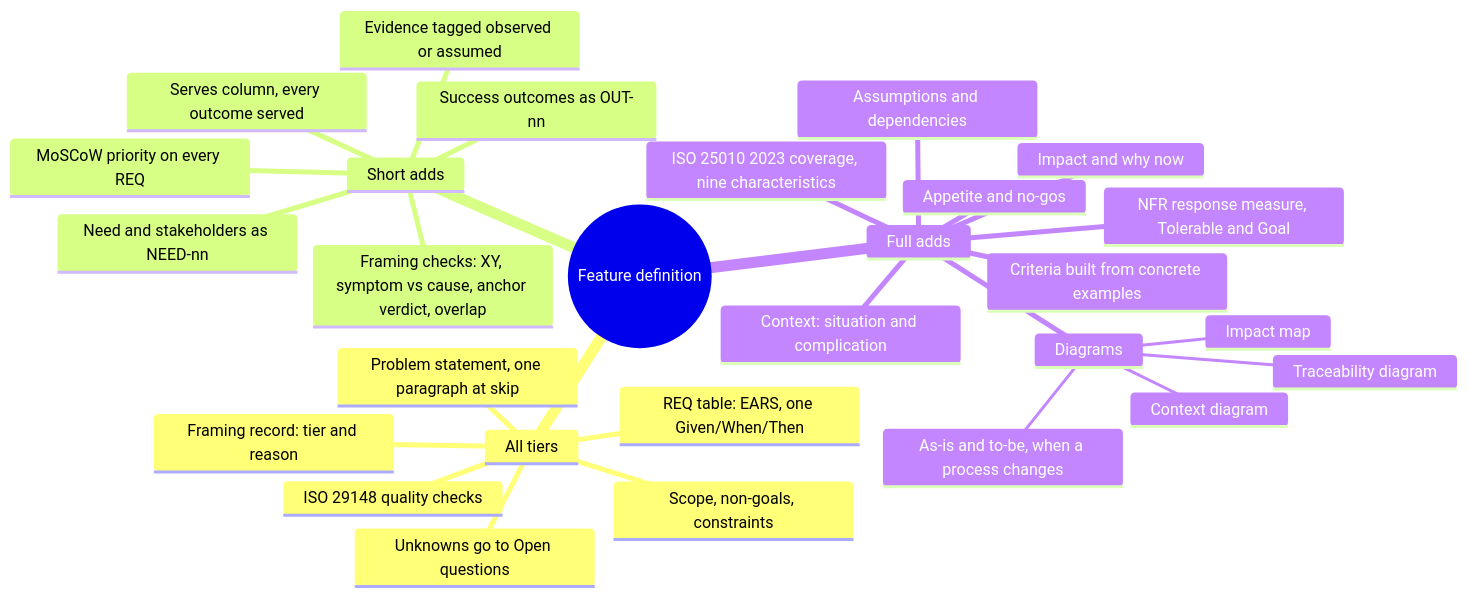
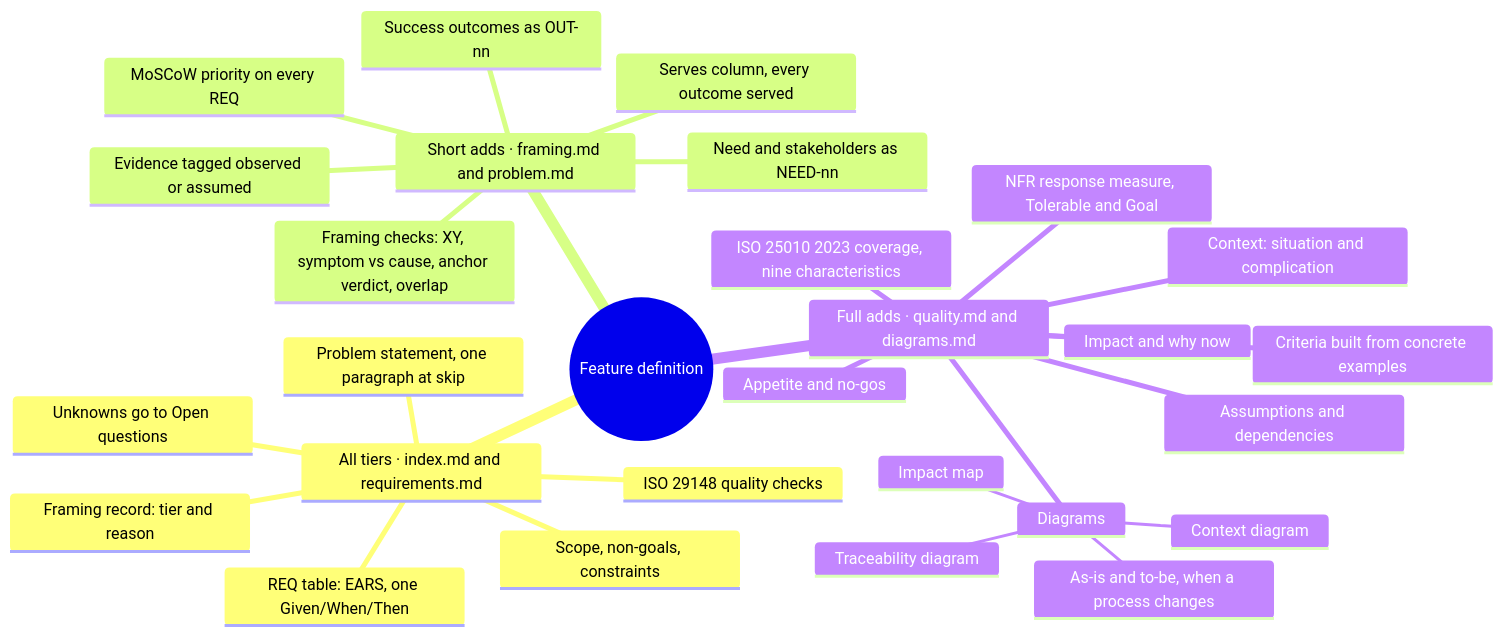
The fourth of 4 diagrams in docs/sessions/2026-09-25-define-phase-depth/design.md (dkoenawan/compass-labs), drawn with Mermaid before and after one commit. The commit also changed other lines of this file and 1 other file, not shown here.

Commit message:
docs(sessions): design.md adds artifact view, define/ layout and Close fold-back (DES-019..023, D12–D14) — #23

````diff
--- a/docs/sessions/2026-09-25-define-phase-depth/design.md
+++ b/docs/sessions/2026-09-25-define-phase-depth/design.md
@@ -189,31 +336,31 @@
 ```mermaid
 mindmap
   root((Feature definition))
-    All tiers
+    All tiers · index.md and requirements.md
       Framing record: tier and reason
       Problem statement, one paragraph at skip
       Scope, non-goals, constraints
       REQ table: EARS, one Given/When/Then
       ISO 29148 quality checks
       Unknowns go to Open questions
-    Short adds
+    Short adds · framing.md and problem.md
       Framing checks: XY, symptom vs cause, anchor verdict, overlap
       Need and stakeholders as NEED-nn
       Evidence tagged observed or assumed
       Success outcomes as OUT-nn
       MoSCoW priority on every REQ
       Serves column, every outcome served
-    Full adds
+    Full adds · quality.md and diagrams.md
       Context: situation and complication
       Impact and why now
       Appetite and no-gos
       ISO 25010 2023 coverage, nine characteristics
       NFR response measure, Tolerable and Goal
       Assumptions and dependencies
       Criteria built from concrete examples
       Diagrams
         Impact map
         Context diagram
         Traceability diagram
         As-is and to-be, when a process changes
 ```
````
